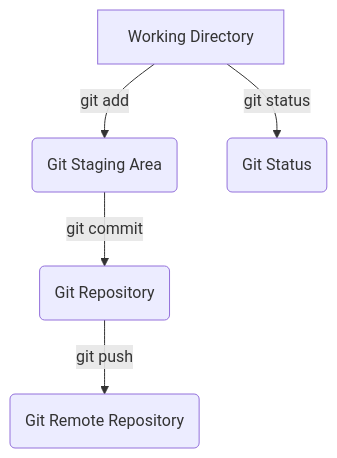
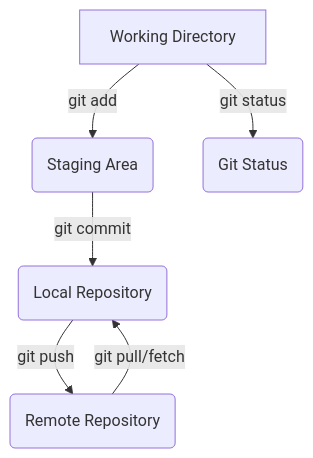
The diagram in README.md (nick6480/app2-design-opgaver), drawn with Mermaid before and after one commit. The commit also changed other lines of this file, not shown here.

Commit message:
commit msg

````diff
--- a/README.md
+++ b/README.md
@@ -12,8 +12,12 @@
 ```mermaid
+
     graph TD;
-        A[Working Directory] -->|git add| B(Git Staging Area);
-        B -->|git commit| C(Git Repository);
-        C -->|git push| D(Git Remote Repository);
+        A[Working Directory] -->|git add| B(Staging Area);
+        B -->|git commit| C(Local Repository);
+        C -->|git push| D(Remote Repository);
         A -->|git status| E(Git Status);
 
+        D -->|git pull/fetch| C;      
+
+
 ```
````
